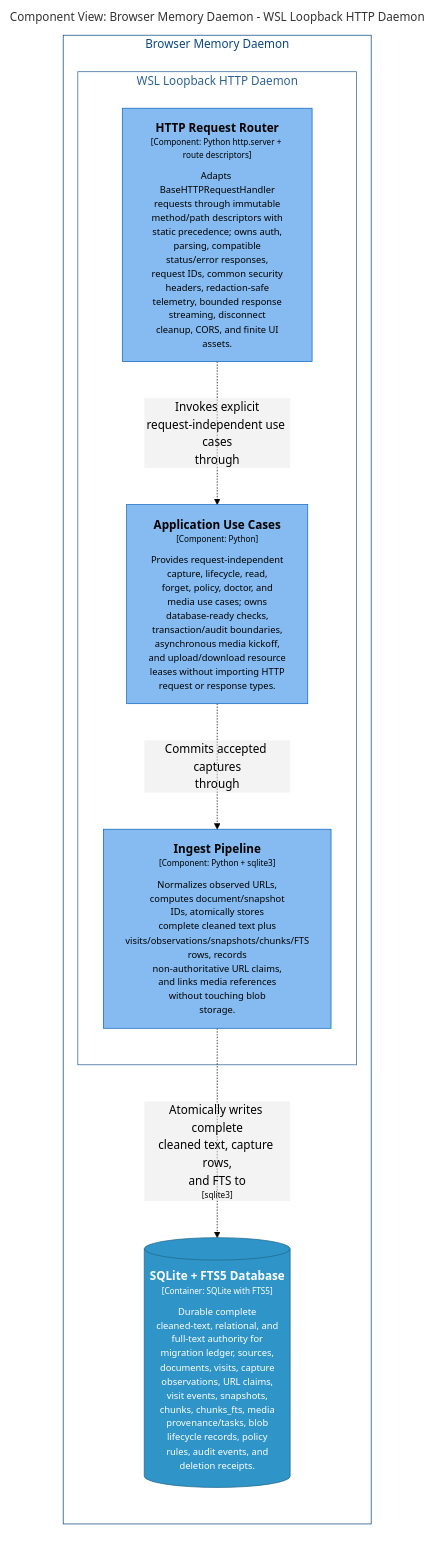
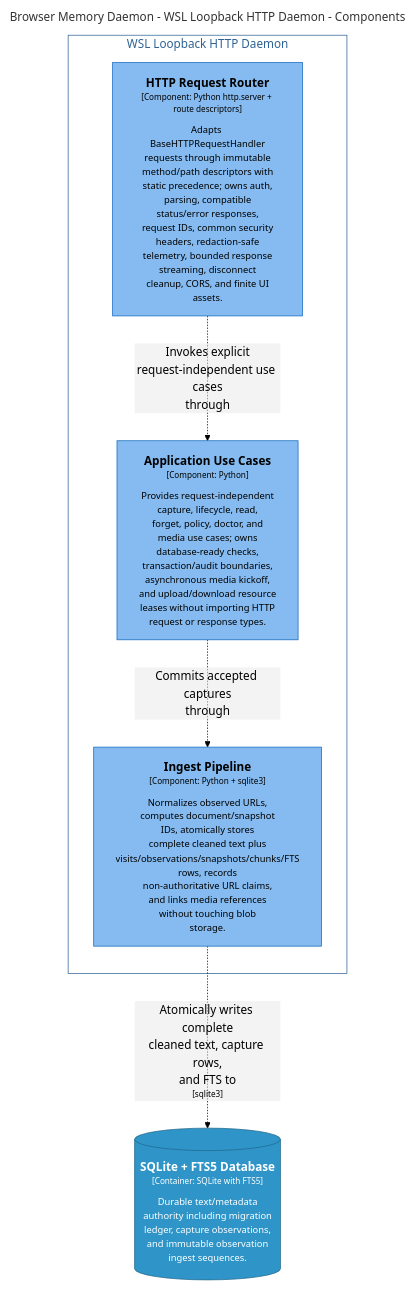
The diagram in docs/architecture/diagrams/markdown/DaemonIngestComponents.md (michaelnicks0/browser-memory-daemon), drawn with Mermaid (forest theme) before and after one commit. The commit also changed 331 other files, not shown here.

Commit message:
docs: refresh architecture and publish surfaces

````diff
--- a/docs/architecture/diagrams/markdown/DaemonIngestComponents.md
+++ b/docs/architecture/diagrams/markdown/DaemonIngestComponents.md
@@ -16,31 +16,26 @@
 ```mermaid
 graph LR
   linkStyle default fill:#ffffff
 
-  subgraph diagram ["Component View: Browser Memory Daemon - WSL Loopback HTTP Daemon"]
+  subgraph diagram ["Browser Memory Daemon - WSL Loopback HTTP Daemon - Components"]
     style diagram fill:#ffffff,stroke:#ffffff
 
-    subgraph 4 ["Browser Memory Daemon"]
-      style 4 fill:#ffffff,stroke:#0b4884,color:#0b4884
+    49[("<div style='font-weight: bold'>SQLite + FTS5 Database</div><div style='font-size: 70%; margin-top: 0px'>[Container: SQLite with FTS5]</div><div style='font-size: 80%; margin-top:10px'>Durable text/metadata<br />authority including migration<br />ledger, capture observations,<br />and immutable observation<br />ingest sequences.</div>")]
+    style 49 fill:#2f95c8,stroke:#20688c,color:#ffffff
 
-      subgraph 22 ["WSL Loopback HTTP Daemon"]
-        style 22 fill:#ffffff,stroke:#2e6295,color:#2e6295
+    subgraph 22 ["WSL Loopback HTTP Daemon"]
+      style 22 fill:#ffffff,stroke:#2e6295,color:#2e6295
 
-        23["<div style='font-weight: bold'>HTTP Request Router</div><div style='font-size: 70%; margin-top: 0px'>[Component: Python http.server + route descriptors]</div><div style='font-size: 80%; margin-top:10px'>Adapts BaseHTTPRequestHandler<br />requests through immutable<br />method/path descriptors with<br />static precedence; owns auth,<br />parsing, compatible<br />status/error responses,<br />request IDs, common security<br />headers, redaction-safe<br />telemetry, bounded response<br />streaming, disconnect<br />cleanup, CORS, and finite UI<br />assets.</div>"]
-        style 23 fill:#85bbf0,stroke:#1168bd,color:#000000
-        24["<div style='font-weight: bold'>Application Use Cases</div><div style='font-size: 70%; margin-top: 0px'>[Component: Python]</div><div style='font-size: 80%; margin-top:10px'>Provides request-independent<br />capture, lifecycle, read,<br />forget, policy, doctor, and<br />media use cases; owns<br />database-ready checks,<br />transaction/audit boundaries,<br />asynchronous media kickoff,<br />and upload/download resource<br />leases without importing HTTP<br />request or response types.</div>"]
-        style 24 fill:#85bbf0,stroke:#1168bd,color:#000000
-        28["<div style='font-weight: bold'>Ingest Pipeline</div><div style='font-size: 70%; margin-top: 0px'>[Component: Python + sqlite3]</div><div style='font-size: 80%; margin-top:10px'>Normalizes observed URLs,<br />computes document/snapshot<br />IDs, atomically stores<br />complete cleaned text plus<br />visits/observations/snapshots/chunks/FTS<br />rows, records<br />non-authoritative URL claims,<br />and links media references<br />without touching blob<br />storage.</div>"]
-        style 28 fill:#85bbf0,stroke:#1168bd,color:#000000
-      end
-
-      48[("<div style='font-weight: bold'>SQLite + FTS5 Database</div><div style='font-size: 70%; margin-top: 0px'>[Container: SQLite with FTS5]</div><div style='font-size: 80%; margin-top:10px'>Durable complete<br />cleaned-text, relational, and<br />full-text authority for<br />migration ledger, sources,<br />documents, visits, capture<br />observations, URL claims,<br />visit events, snapshots,<br />chunks, chunks_fts, media<br />provenance/tasks, blob<br />lifecycle records, policy<br />rules, audit events, and<br />deletion receipts.</div>")]
-      style 48 fill:#2f95c8,stroke:#20688c,color:#ffffff
+      23["<div style='font-weight: bold'>HTTP Request Router</div><div style='font-size: 70%; margin-top: 0px'>[Component: Python http.server + route descriptors]</div><div style='font-size: 80%; margin-top:10px'>Adapts BaseHTTPRequestHandler<br />requests through immutable<br />method/path descriptors with<br />static precedence; owns auth,<br />parsing, compatible<br />status/error responses,<br />request IDs, common security<br />headers, redaction-safe<br />telemetry, bounded response<br />streaming, disconnect<br />cleanup, CORS, and finite UI<br />assets.</div>"]
+      style 23 fill:#85bbf0,stroke:#1168bd,color:#000000
+      24["<div style='font-weight: bold'>Application Use Cases</div><div style='font-size: 70%; margin-top: 0px'>[Component: Python]</div><div style='font-size: 80%; margin-top:10px'>Provides request-independent<br />capture, lifecycle, read,<br />forget, policy, doctor, and<br />media use cases; owns<br />database-ready checks,<br />transaction/audit boundaries,<br />asynchronous media kickoff,<br />and upload/download resource<br />leases without importing HTTP<br />request or response types.</div>"]
+      style 24 fill:#85bbf0,stroke:#1168bd,color:#000000
+      28["<div style='font-weight: bold'>Ingest Pipeline</div><div style='font-size: 70%; margin-top: 0px'>[Component: Python + sqlite3]</div><div style='font-size: 80%; margin-top:10px'>Normalizes observed URLs,<br />computes document/snapshot<br />IDs, atomically stores<br />complete cleaned text plus<br />visits/observations/snapshots/chunks/FTS<br />rows, records<br />non-authoritative URL claims,<br />and links media references<br />without touching blob<br />storage.</div>"]
+      style 28 fill:#85bbf0,stroke:#1168bd,color:#000000
     end
 
     23-. "<div>Invokes explicit<br />request-independent use cases<br />through</div><div style='font-size: 70%'></div>" .->24
     24-. "<div>Commits accepted captures<br />through</div><div style='font-size: 70%'></div>" .->28
-    28-. "<div>Atomically writes complete<br />cleaned text, capture rows,<br />and FTS to</div><div style='font-size: 70%'>[sqlite3]</div>" .->48
-
+    28-. "<div>Atomically writes complete<br />cleaned text, capture rows,<br />and FTS to</div><div style='font-size: 70%'>[sqlite3]</div>" .->49
   end
 ```
````
